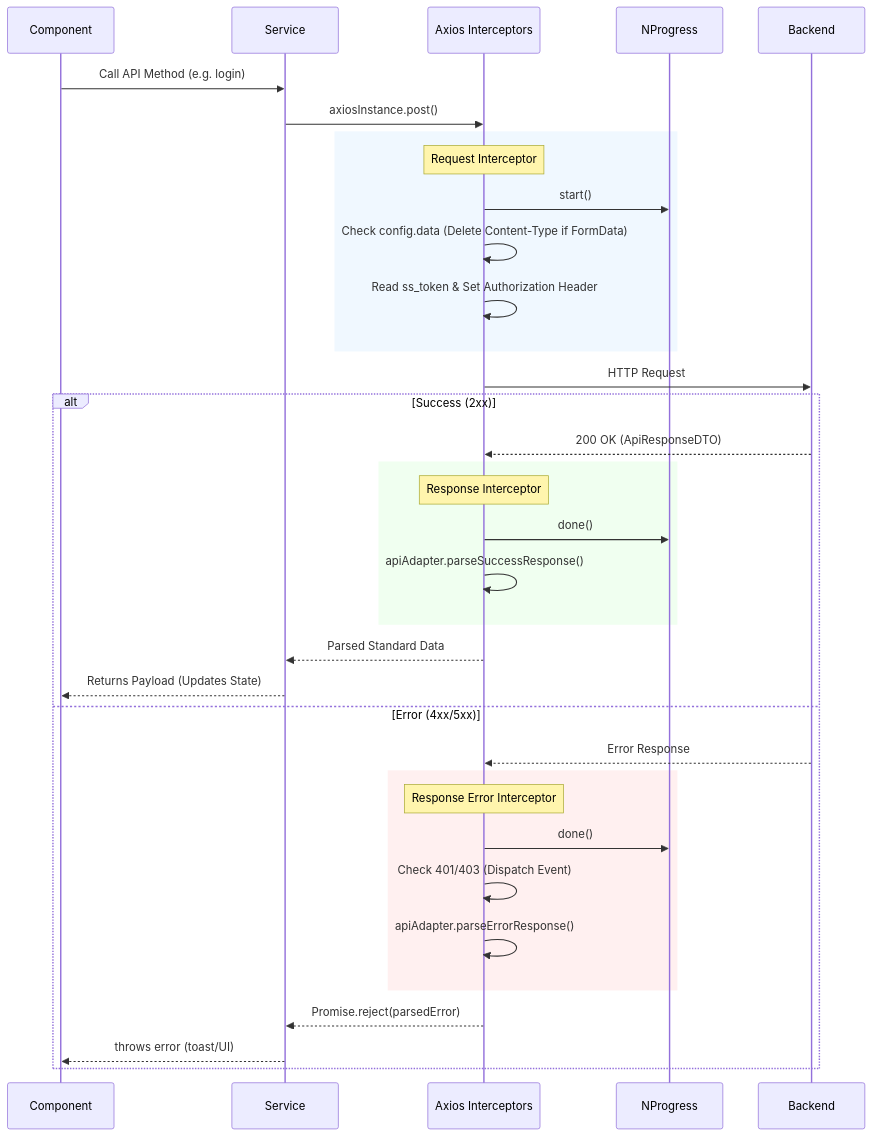
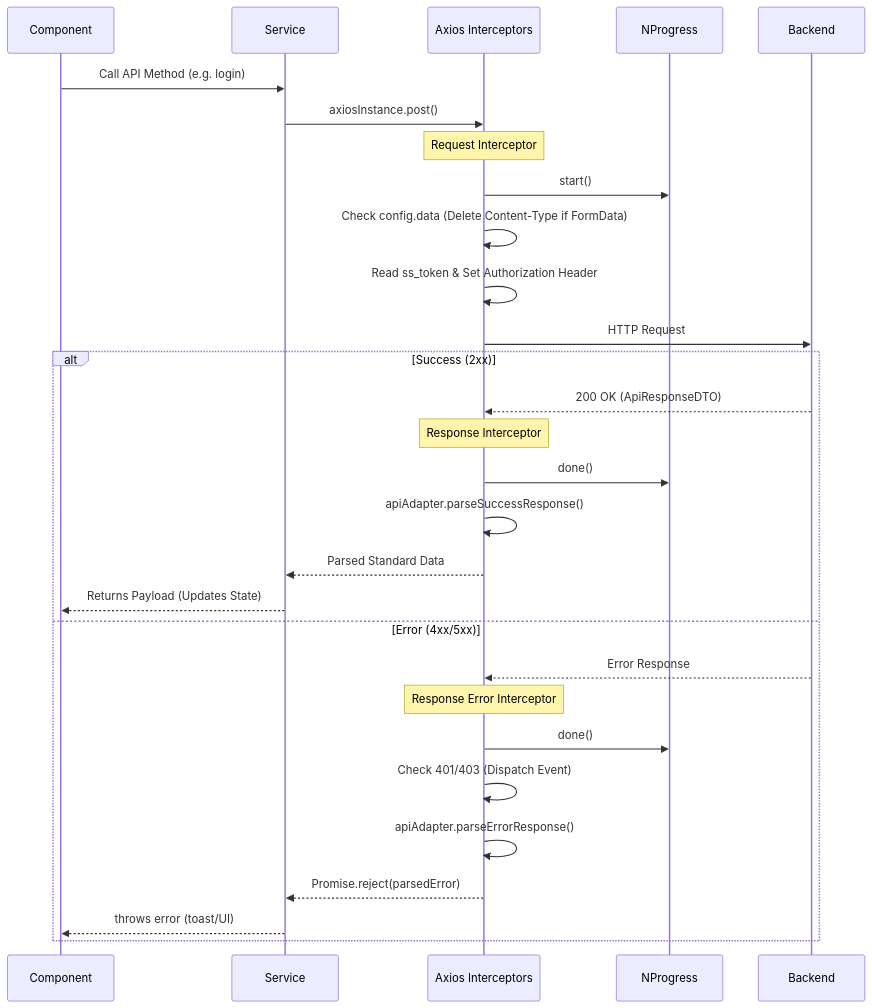
One commit to Gurry-12/insurance-policy-claim-management-app-ui changed the diagram in docs/deep-dives/02-API-and-Axios-Execution-Flow.md. Above: the diagram before and after it, drawn with Mermaid. The commit also changed 2 other files, not shown here.

Commit message:
docs: Remove hardcoded Mermaid styling to support GitHub Light/Dark themes

````diff
--- a/docs/deep-dives/02-API-and-Axios-Execution-Flow.md
+++ b/docs/deep-dives/02-API-and-Axios-Execution-Flow.md
@@ -12,41 +12,35 @@
 ```mermaid
 sequenceDiagram
     participant Component
     participant Service
     participant Axios as Axios Interceptors
     participant NProgress
     participant Backend
 
     Component->>Service: Call API Method (e.g. login)
     Service->>Axios: axiosInstance.post()
     
-    rect rgb(240, 248, 255)
         Note over Axios: Request Interceptor
         Axios->>NProgress: start()
         Axios->>Axios: Check config.data (Delete Content-Type if FormData)
         Axios->>Axios: Read ss_token & Set Authorization Header
-    end
     
     Axios->>Backend: HTTP Request
     
     alt Success (2xx)
         Backend-->>Axios: 200 OK (ApiResponseDTO)
-        rect rgb(240, 255, 240)
             Note over Axios: Response Interceptor
             Axios->>NProgress: done()
             Axios->>Axios: apiAdapter.parseSuccessResponse()
-        end
         Axios-->>Service: Parsed Standard Data
         Service-->>Component: Returns Payload (Updates State)
     else Error (4xx/5xx)
         Backend-->>Axios: Error Response
-        rect rgb(255, 240, 240)
             Note over Axios: Response Error Interceptor
             Axios->>NProgress: done()
             Axios->>Axios: Check 401/403 (Dispatch Event)
             Axios->>Axios: apiAdapter.parseErrorResponse()
-        end
         Axios-->>Service: Promise.reject(parsedError)
         Service-->>Component: throws error (toast/UI)
     end
 ```
````
